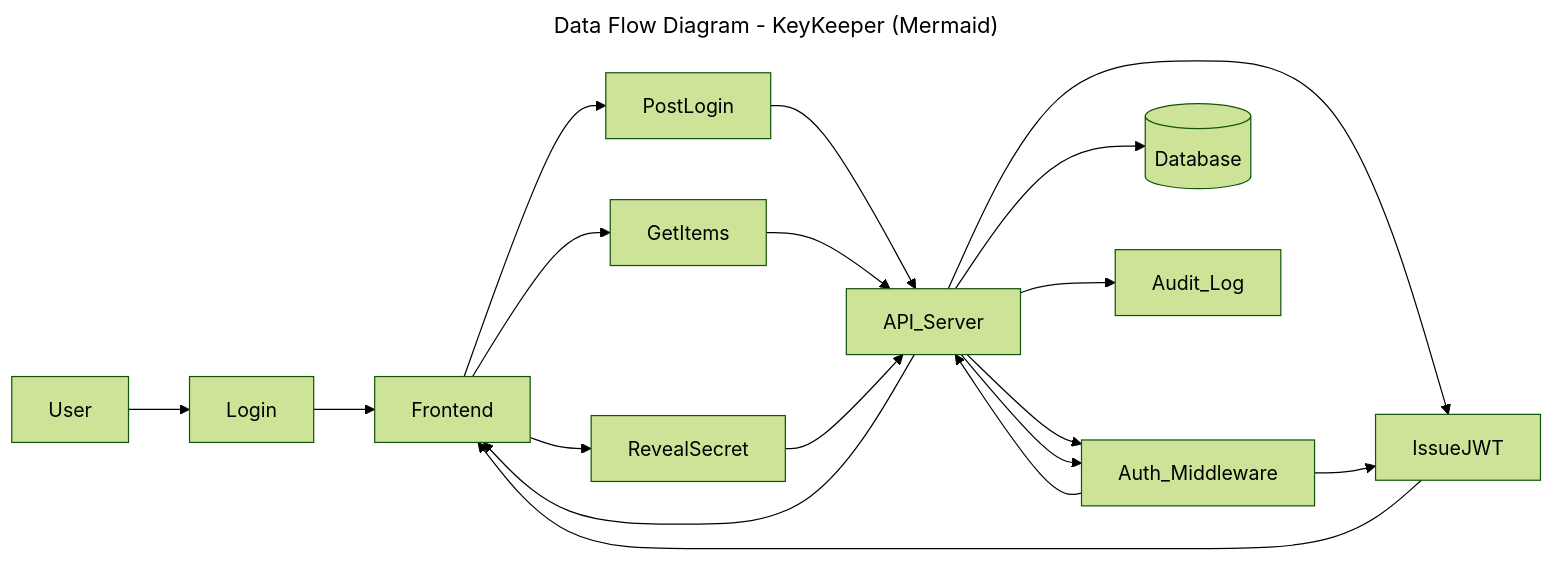
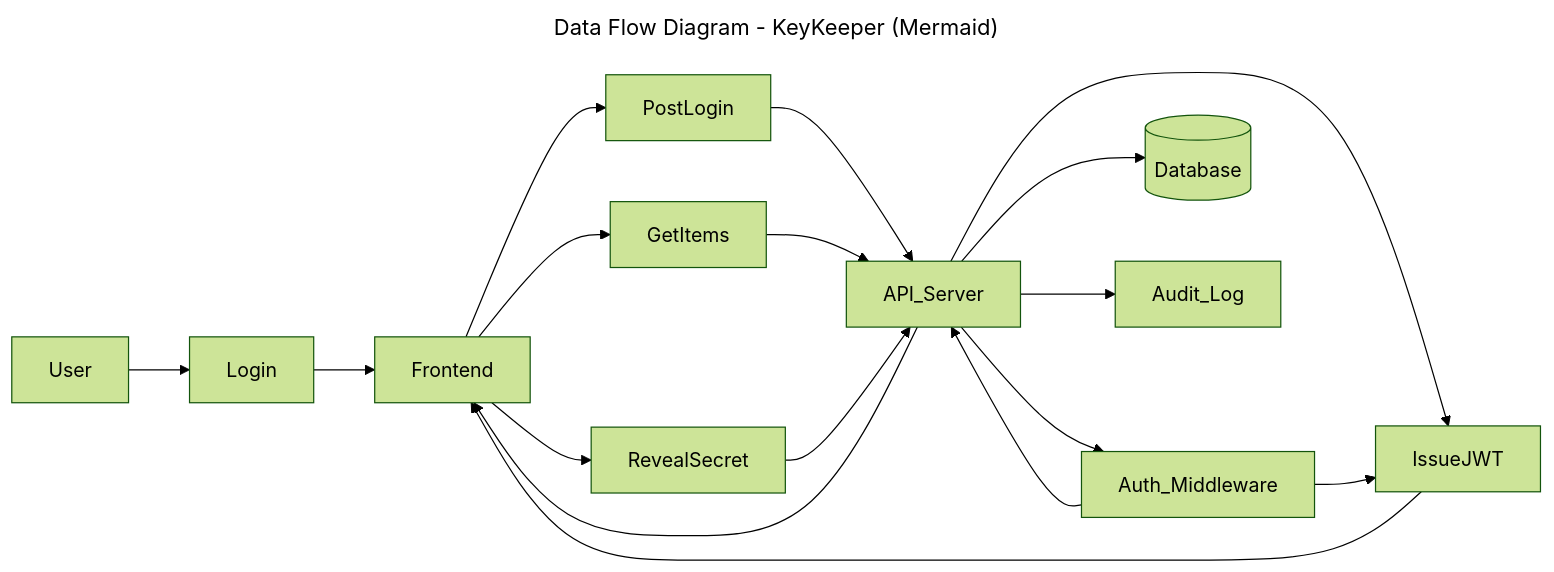
The diagram in 05-keykeeper/threat-model/dfd.mmd (osteinke/security-capstone-student), drawn with Mermaid (forest theme) before and after one commit.

Commit message:
add diagram

```diff
--- a/05-keykeeper/threat-model/dfd.mmd
+++ b/05-keykeeper/threat-model/dfd.mmd
@@ -1,24 +1,24 @@
 ---
 title: Data Flow Diagram - KeyKeeper (Mermaid)
 ---
 flowchart LR
     U[User]
     FE[Frontend]
     API[API_Server]
     AUTH[Auth_Middleware]
     DB[(Database)]
     LOG[Audit_Log]
 
     U --> Login --> FE
     FE --> PostLogin --> API
     API --> IssueJWT --> FE
 
     FE --> GetItems --> API
     API --> AUTH --> IssueJWT
     AUTH --> API
     API --> FE
 
     FE --> RevealSecret --> API
-    API --> AUTH
+   
     API --> DB
     API --> LOG
```
